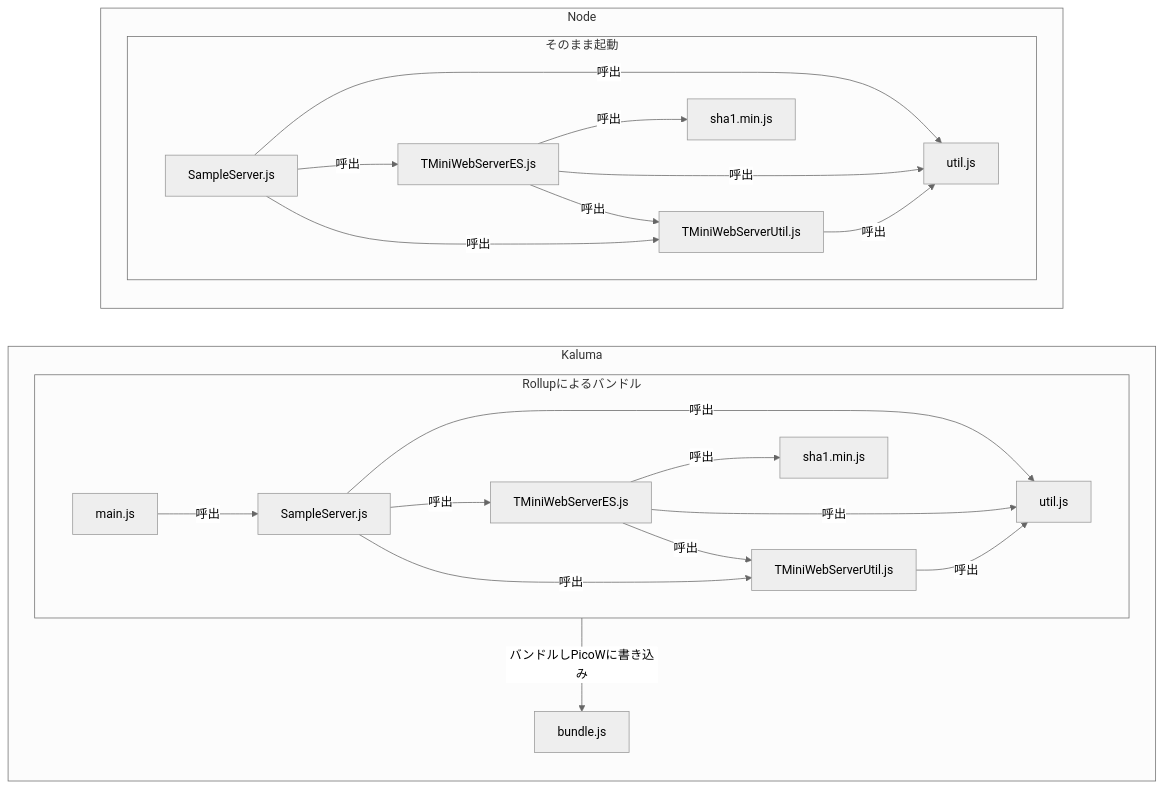
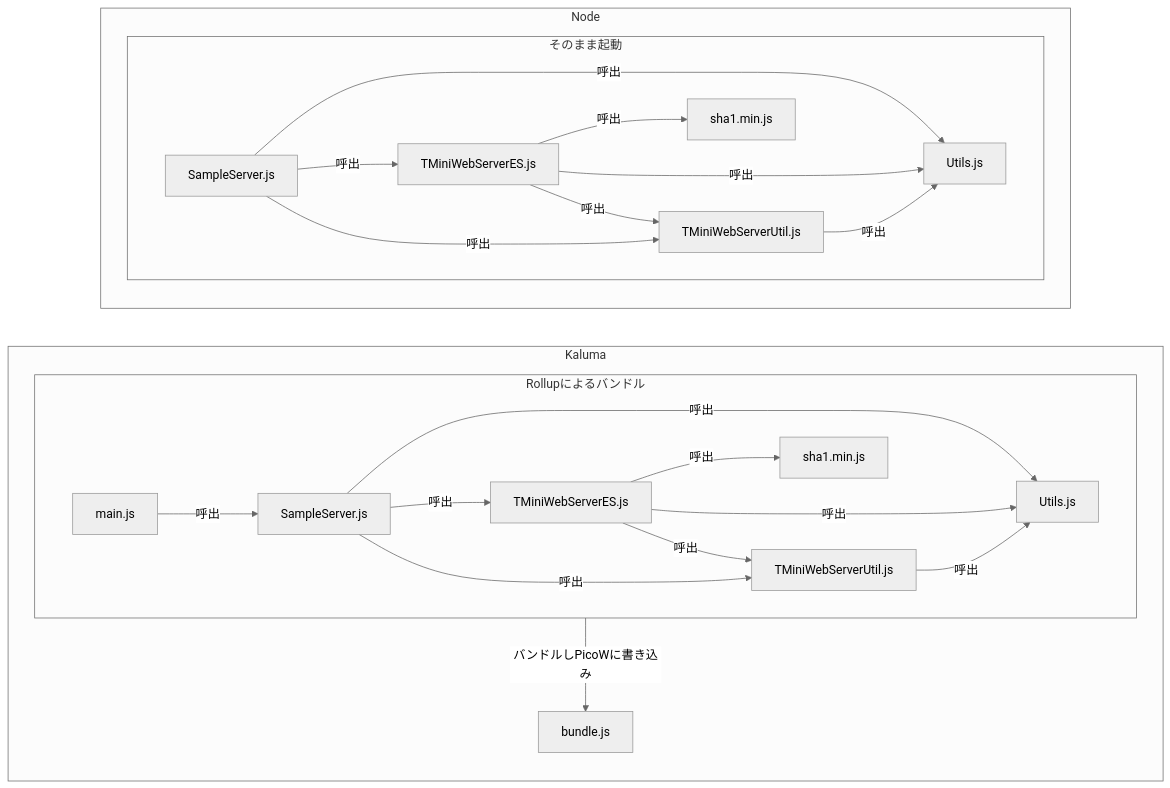
Before and after one commit to ryunosinfx/TMiniWebServerES: the diagram in README.md, drawn with Mermaid (neutral theme). The commit also changed other lines of this file, not shown here.

````diff
--- a/README.md
+++ b/README.md
@@ -258,36 +266,36 @@
 ```mermaid
  flowchart LR;
      		A[main.js]
 			B[SampleServer.js]
 			C[TMiniWebServerES.js]
 			D[TMiniWebServerUtil.js]
-			E[util.js]
+			E[Utils.js]
 			F[sha1.min.js]
 			Y[bundle.js]
 			Ba[SampleServer.js]
 			Ca[TMiniWebServerES.js]
 			Da[TMiniWebServerUtil.js]
-			Ea[util.js]
+			Ea[Utils.js]
 			Fa[sha1.min.js]
 	subgraph Kaluma
 		subgraph X[Rollupによるバンドル]
 			A-->|呼出|B-->|呼出|C-->|呼出|D
 			B-->|呼出|D
 			B-->|呼出|E
 			C-->|呼出|E
 			D-->|呼出|E
 			C-->|呼出|F
 	  	end
 		X-->|バンドルしPicoWに書き込み|Y
 	end
 	subgraph Node
 		subgraph Z[そのまま起動]
 			Ba-->|呼出|Ca-->|呼出|Da
 			Ba-->|呼出|Da
 			Ba-->|呼出|Ea
 			Ca-->|呼出|Ea
 			Da-->|呼出|Ea
 			Ca-->|呼出|Fa
 	  	end
 	end
 ```
````
